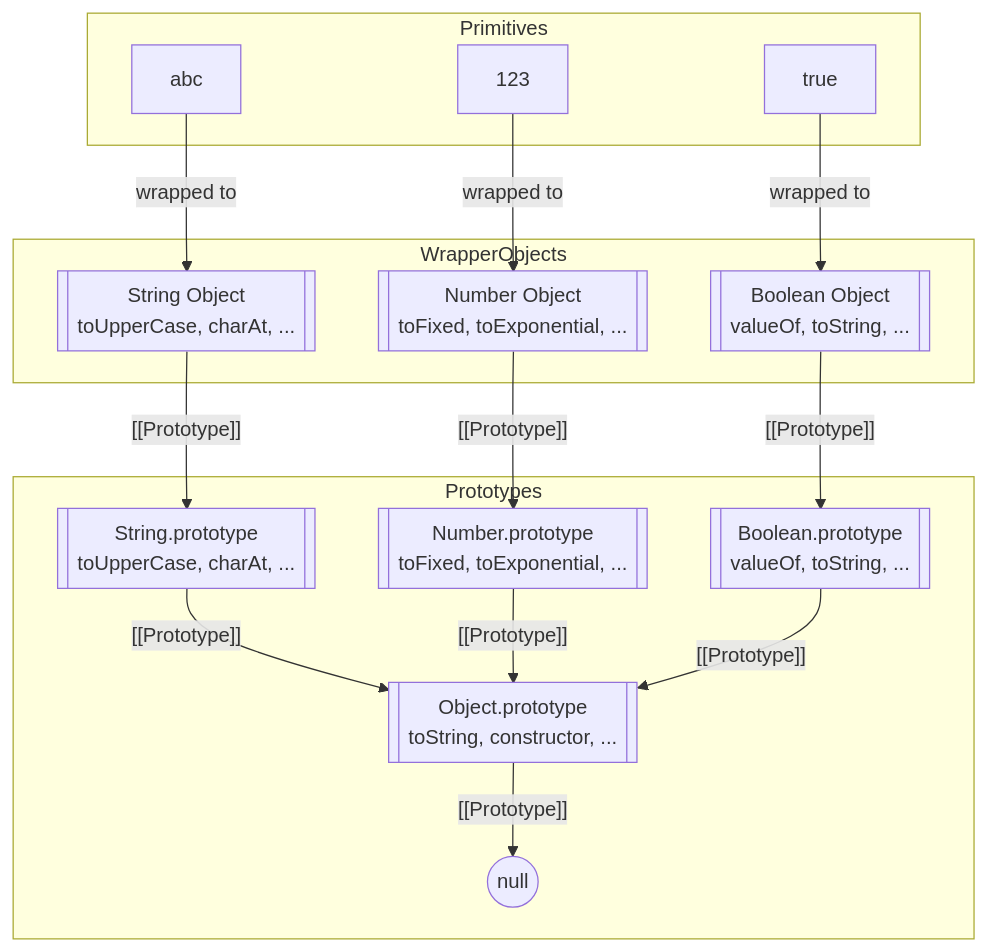
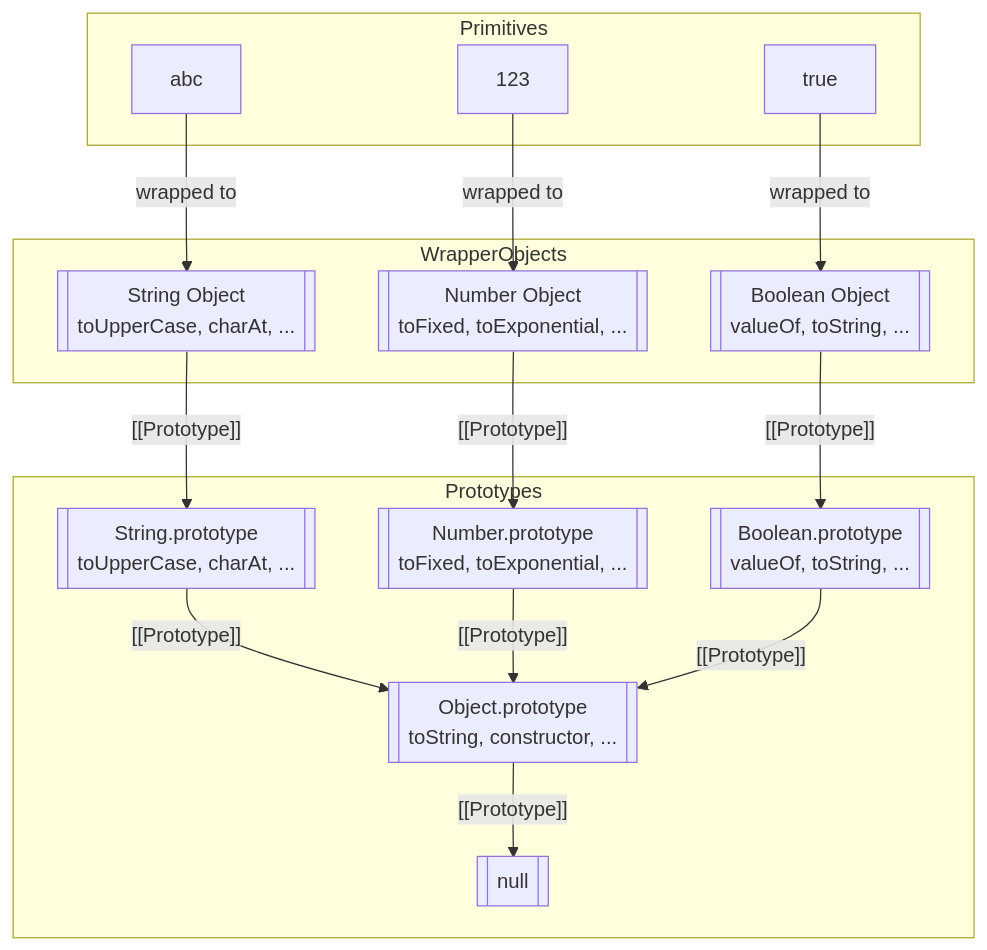
One commit to hakudang/js-info changed the fourth of 4 diagrams in notes/1803-native-prototypes.md. Above: the diagram before and after it, drawn with Mermaid. The commit also changed other lines of this file and 3 other files, not shown here.

Commit message:
docs: update prototype documentation with diagrams and modern practices

````diff
--- a/notes/1803-native-prototypes.md
+++ b/notes/1803-native-prototypes.md
@@ -158,38 +157,38 @@
 ```mermaid  
 flowchart TD
     subgraph Primitives
         A["abc"]
         B[123]
         C[true]
     end
 
     subgraph WrapperObjects
         D[[String Object<br/>toUpperCase, charAt, ...]]
         E[[Number Object<br/>toFixed, toExponential, ...]]
         F[[Boolean Object<br/>valueOf, toString, ...]]
     end
 
     subgraph Prototypes
         G[[String.prototype<br/>toUpperCase, charAt, ...]]
         H[[Number.prototype<br/>toFixed, toExponential, ...]]
         I[[Boolean.prototype<br/>valueOf, toString, ...]]
         J[[Object.prototype<br/>toString, constructor, ...]]
-        N((null))
+        N[[null]]
     end
 
     %% Primitive to WrapperObject
     A -- "wrapped to" --> D
     B -- "wrapped to" --> E
     C -- "wrapped to" --> F
 
     %% WrapperObject to Prototype
     D -- "[[Prototype]]" --> G
     E -- "[[Prototype]]" --> H
     F -- "[[Prototype]]" --> I
 
     %% Prototype chain to Object.prototype
     G -- "[[Prototype]]" --> J
     H -- "[[Prototype]]" --> J
     I -- "[[Prototype]]" --> J
     J -- "[[Prototype]]" --> N
 ```
````
